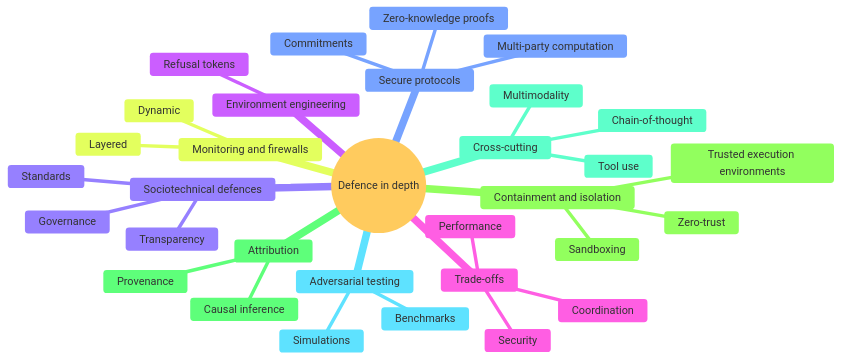
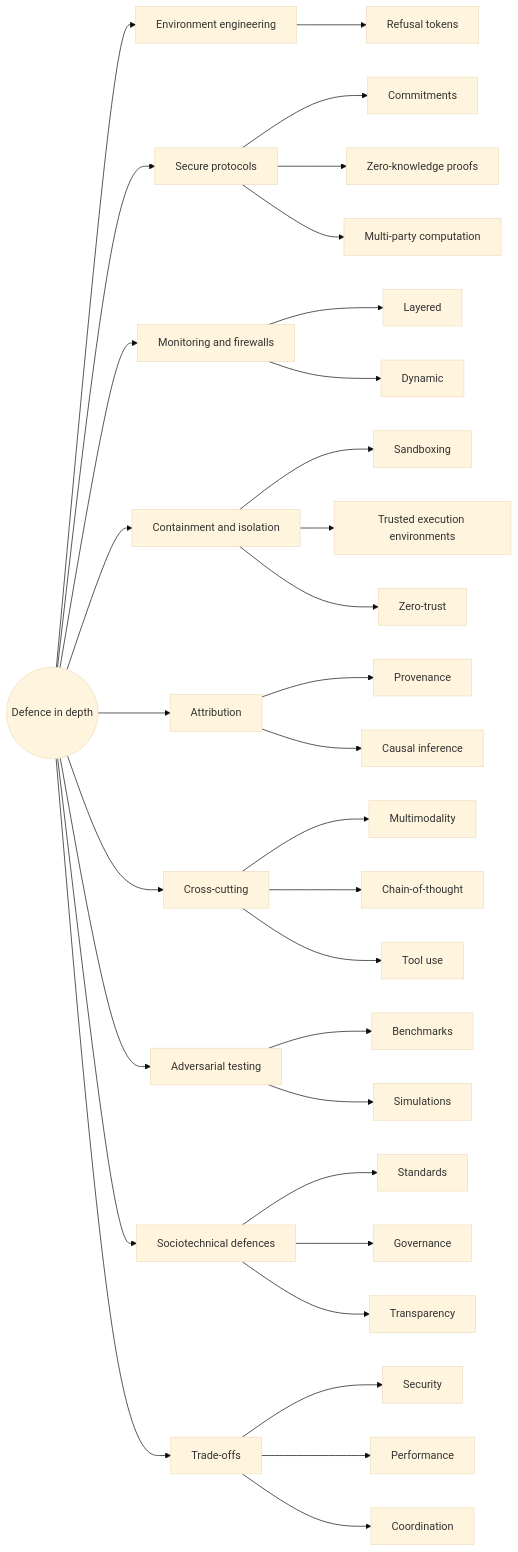
Before and after one commit to natnew/Awesome-Agentic-AI-Security: the second of 2 diagrams in README.md, drawn with Mermaid (base theme). The commit also changed other lines of this file and 31 other files, not shown here.

````diff
--- a/README.md
+++ b/README.md
@@ -101,35 +103,44 @@
 ```mermaid
-mindmap
-  root((Defence in depth))
-    Environment engineering
-      Refusal tokens
-    Secure protocols
-      Commitments
-      Zero-knowledge proofs
-      Multi-party computation
-    Monitoring and firewalls
-      Layered
-      Dynamic
-    Containment and isolation
-      Sandboxing
-      Trusted execution environments
-      Zero-trust
-    Attribution
-      Provenance
-      Causal inference
-    Cross-cutting
-      Multimodality
-      Chain-of-thought
-      Tool use
-    Adversarial testing
-      Benchmarks
-      Simulations
-    Sociotechnical defences
-      Standards
-      Governance
-      Transparency
-    Trade-offs
-      Security
-      Performance
-      Coordination
+flowchart LR
+    root(("Defence in depth"))
+
+    root --> env["Environment engineering"]
+    env --> refusal["Refusal tokens"]
+
+    root --> protocols["Secure protocols"]
+    protocols --> commitments["Commitments"]
+    protocols --> zkp["Zero-knowledge proofs"]
+    protocols --> mpc["Multi-party computation"]
+
+    root --> monitoring["Monitoring and firewalls"]
+    monitoring --> layered["Layered"]
+    monitoring --> dynamic["Dynamic"]
+
+    root --> containment["Containment and isolation"]
+    containment --> sandboxing["Sandboxing"]
+    containment --> tee["Trusted execution environments"]
+    containment --> zerotrust["Zero-trust"]
+
+    root --> attribution["Attribution"]
+    attribution --> provenance["Provenance"]
+    attribution --> causal["Causal inference"]
+
+    root --> crosscutting["Cross-cutting"]
+    crosscutting --> multimodality["Multimodality"]
+    crosscutting --> cot["Chain-of-thought"]
+    crosscutting --> tooluse["Tool use"]
+
+    root --> testing["Adversarial testing"]
+    testing --> benchmarks["Benchmarks"]
+    testing --> simulations["Simulations"]
+
+    root --> sociotechnical["Sociotechnical defences"]
+    sociotechnical --> standards["Standards"]
+    sociotechnical --> governance["Governance"]
+    sociotechnical --> transparency["Transparency"]
+
+    root --> tradeoffs["Trade-offs"]
+    tradeoffs --> security["Security"]
+    tradeoffs --> performance["Performance"]
+    tradeoffs --> coordination["Coordination"]
 ```
````
